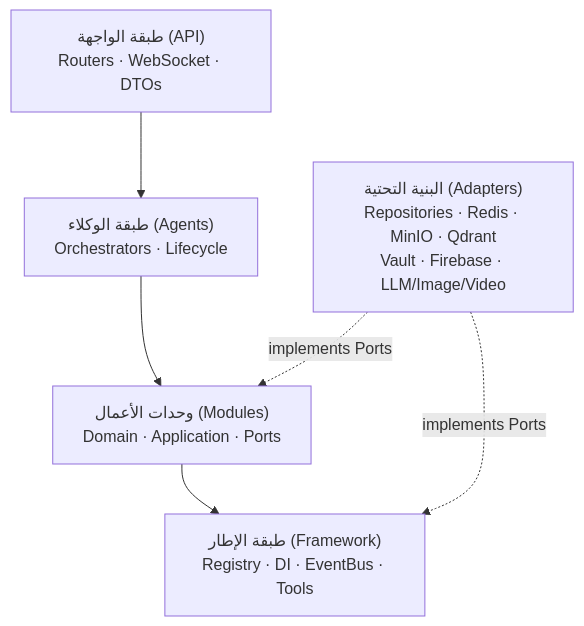
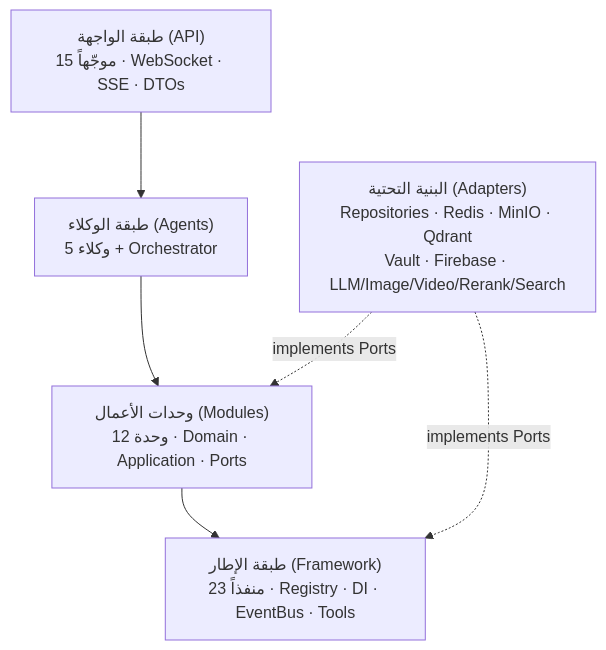
Before and after one commit to anastawahia/aizzak: the third of 8 diagrams in docs/architecture.md, drawn with Mermaid. The commit also changed other lines of this file, not shown here.

````diff
--- a/docs/architecture.md
+++ b/docs/architecture.md
@@ -160,14 +220,14 @@
 ```mermaid
 graph TD
-    API["طبقة الواجهة (API)<br/>Routers · WebSocket · DTOs"]
-    Agents["طبقة الوكلاء (Agents)<br/>Orchestrators · Lifecycle"]
-    Modules["وحدات الأعمال (Modules)<br/>Domain · Application · Ports"]
-    Framework["طبقة الإطار (Framework)<br/>Registry · DI · EventBus · Tools"]
-    Infra["البنية التحتية (Adapters)<br/>Repositories · Redis · MinIO · Qdrant<br/>Vault · Firebase · LLM/Image/Video"]
+    API["طبقة الواجهة (API)<br/>15 موجّهاً · WebSocket · SSE · DTOs"]
+    Agents["طبقة الوكلاء (Agents)<br/>5 وكلاء + Orchestrator"]
+    Modules["وحدات الأعمال (Modules)<br/>12 وحدة · Domain · Application · Ports"]
+    Framework["طبقة الإطار (Framework)<br/>23 منفذاً · Registry · DI · EventBus · Tools"]
+    Infra["البنية التحتية (Adapters)<br/>Repositories · Redis · MinIO · Qdrant<br/>Vault · Firebase · LLM/Image/Video/Rerank/Search"]
 
     API --> Agents
     Agents --> Modules
     Modules --> Framework
     Infra -. implements Ports .-> Modules
     Infra -. implements Ports .-> Framework
 ```
````
